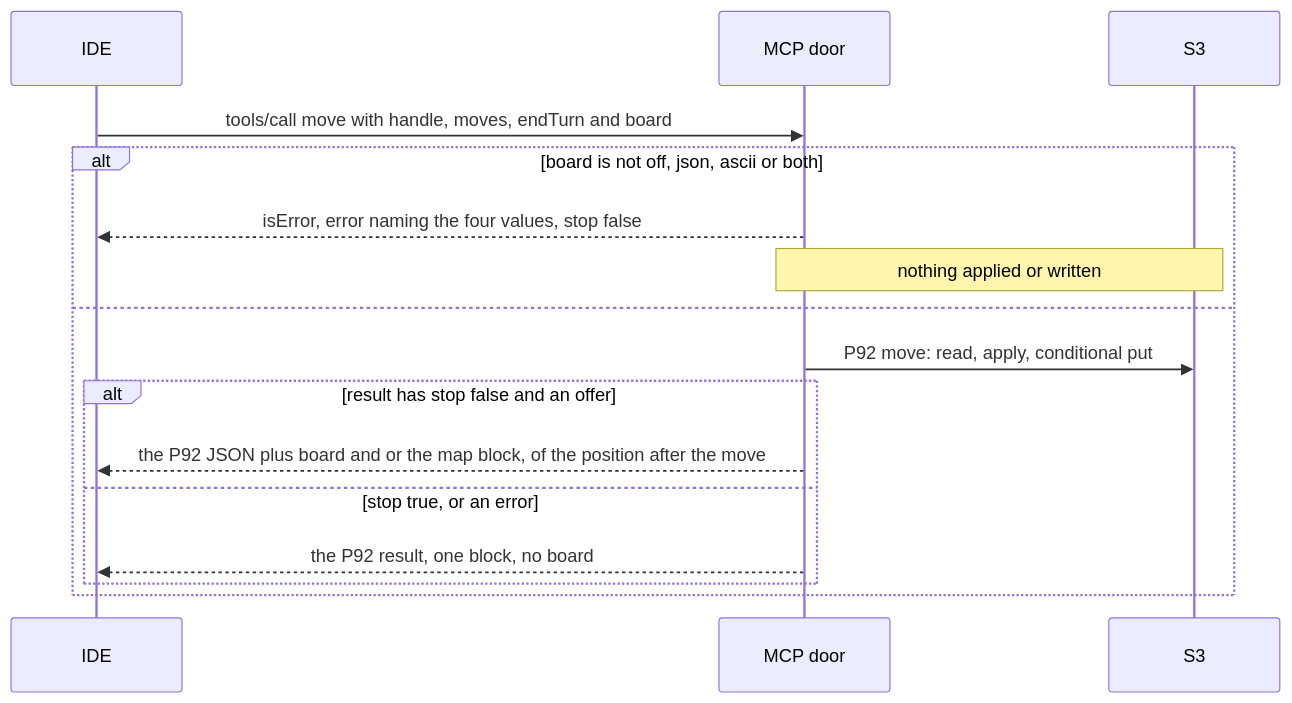
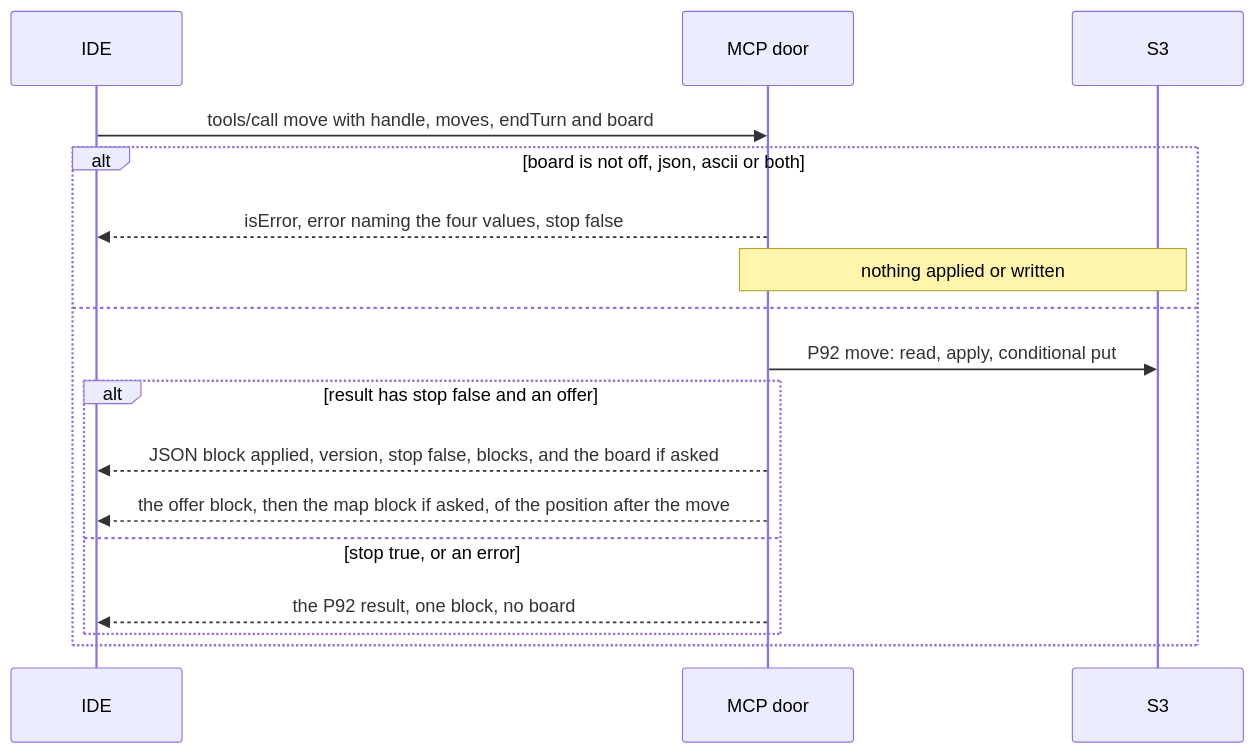
One commit to conquarrow-dev/conquarrow changed the second of 2 diagrams in docs/spec/agent-board-map/SCENARIOS.md. Above: the diagram before and after it, drawn with Mermaid. The commit also changed other lines of this file and 10 other files, not shown here.

Commit message:
🤖: P93 spec — offer as its own text block; force notation from the fraction, no fixed forces

````diff
--- a/docs/spec/agent-board-map/SCENARIOS.md
+++ b/docs/spec/agent-board-map/SCENARIOS.md
@@ -51,18 +53,19 @@
 ```mermaid
 sequenceDiagram
   participant IDE
   participant Mcp as MCP door
   participant S3
   IDE->>Mcp: tools/call move with handle, moves, endTurn and board
   alt board is not off, json, ascii or both
     Mcp-->>IDE: isError, error naming the four values, stop false
     Note over Mcp,S3: nothing applied or written
   else
     Mcp->>S3: P92 move: read, apply, conditional put
     alt result has stop false and an offer
-      Mcp-->>IDE: the P92 JSON plus board and or the map block, of the position after the move
+      Mcp-->>IDE: JSON block applied, version, stop false, blocks, and the board if asked
+      Mcp-->>IDE: the offer block, then the map block if asked, of the position after the move
     else stop true, or an error
       Mcp-->>IDE: the P92 result, one block, no board
     end
   end
 ```
````
